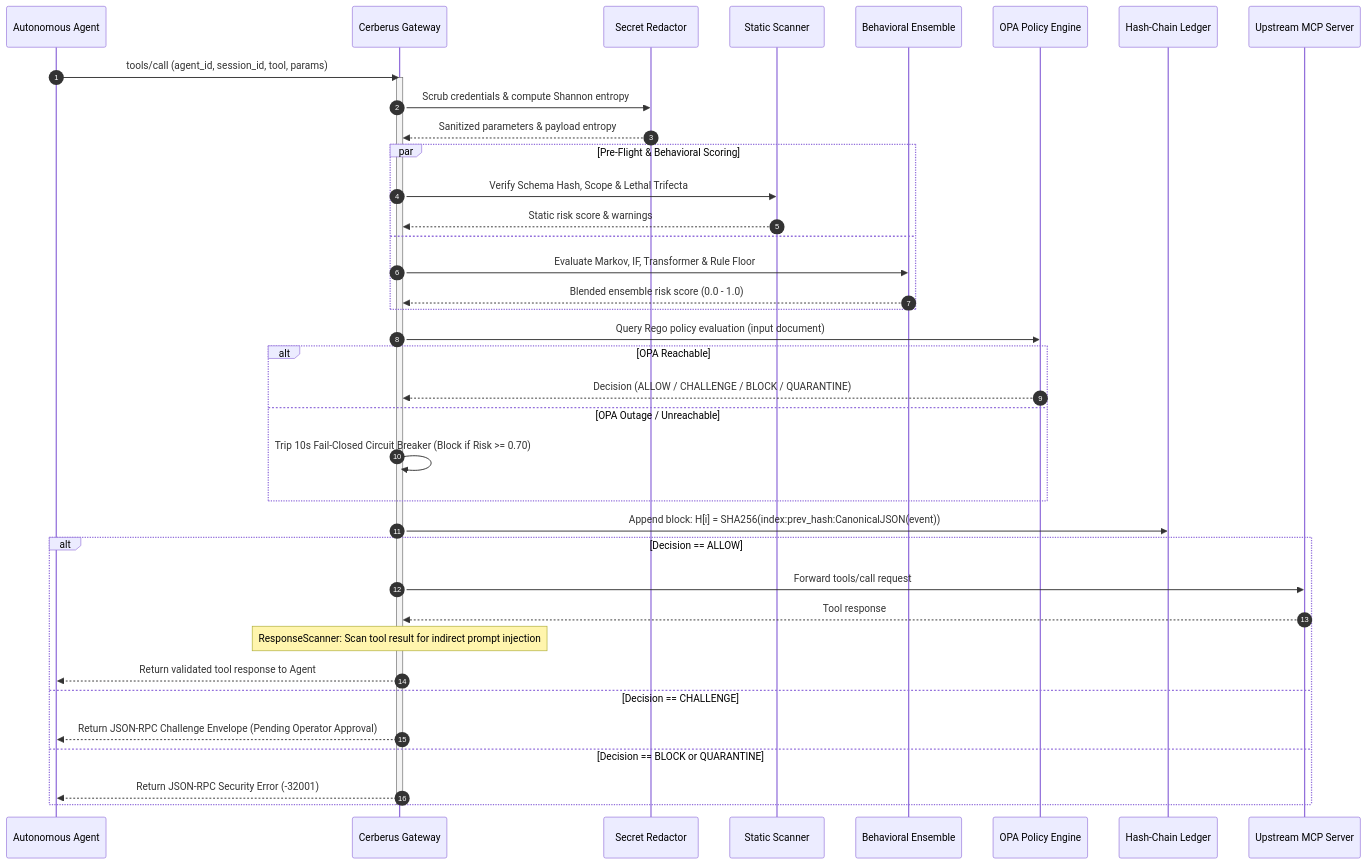
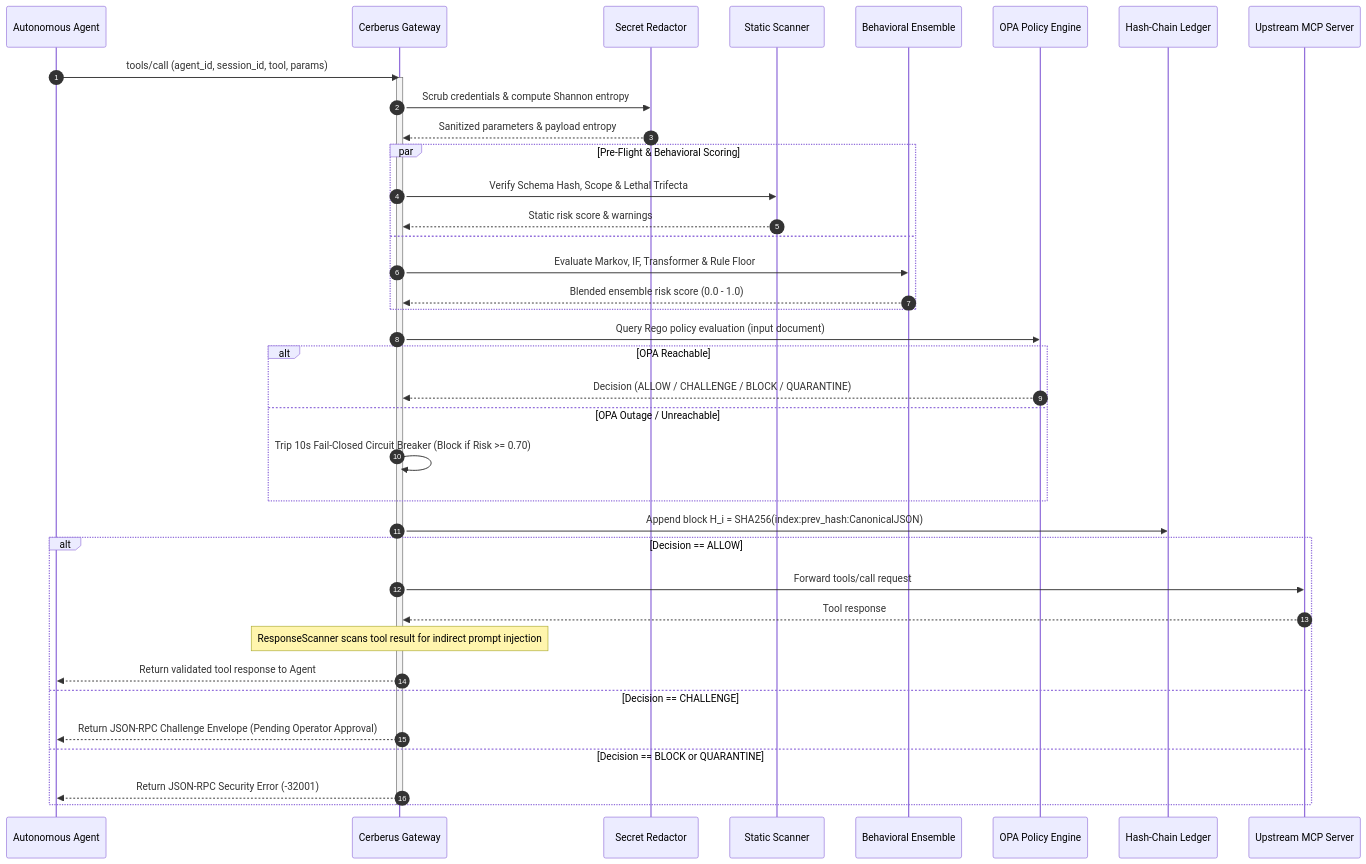
The third of 5 diagrams in README.md (Debddj/Cerberus), drawn with Mermaid before and after one commit. The commit also changed other lines of this file and 18 other files, not shown here.

Commit message:
docs(readme): fix mermaid rendering, add live Render insight, and untrack .agents folder

````diff
--- a/README.md
+++ b/README.md
@@ -220,46 +189,46 @@
 ```mermaid
 sequenceDiagram
     autonumber
     participant A as Autonomous Agent
     participant C as Cerberus Gateway
     participant R as Secret Redactor
     participant S as Static Scanner
     participant B as Behavioral Ensemble
     participant O as OPA Policy Engine
     participant L as Hash-Chain Ledger
     participant U as Upstream MCP Server
 
     A->>C: tools/call (agent_id, session_id, tool, params)
     activate C
     C->>R: Scrub credentials & compute Shannon entropy
     R-->>C: Sanitized parameters & payload entropy
-    
+
     par Pre-Flight & Behavioral Scoring
         C->>S: Verify Schema Hash, Scope & Lethal Trifecta
         S-->>C: Static risk score & warnings
     and
         C->>B: Evaluate Markov, IF, Transformer & Rule Floor
         B-->>C: Blended ensemble risk score (0.0 - 1.0)
     end
 
     C->>O: Query Rego policy evaluation (input document)
     alt OPA Reachable
         O-->>C: Decision (ALLOW / CHALLENGE / BLOCK / QUARANTINE)
     else OPA Outage / Unreachable
         C->>C: Trip 10s Fail-Closed Circuit Breaker (Block if Risk >= 0.70)
     end
 
-    C->>L: Append block: H[i] = SHA256(index:prev_hash:CanonicalJSON(event))
-    
+    C->>L: Append block H_i = SHA256(index:prev_hash:CanonicalJSON)
+
     alt Decision == ALLOW
         C->>U: Forward tools/call request
         U-->>C: Tool response
-        Note over C: ResponseScanner: Scan tool result for indirect prompt injection
+        Note over C: ResponseScanner scans tool result for indirect prompt injection
         C-->>A: Return validated tool response to Agent
     else Decision == CHALLENGE
         C-->>A: Return JSON-RPC Challenge Envelope (Pending Operator Approval)
     else Decision == BLOCK or QUARANTINE
         C-->>A: Return JSON-RPC Security Error (-32001)
     end
     deactivate C
 ```
````
